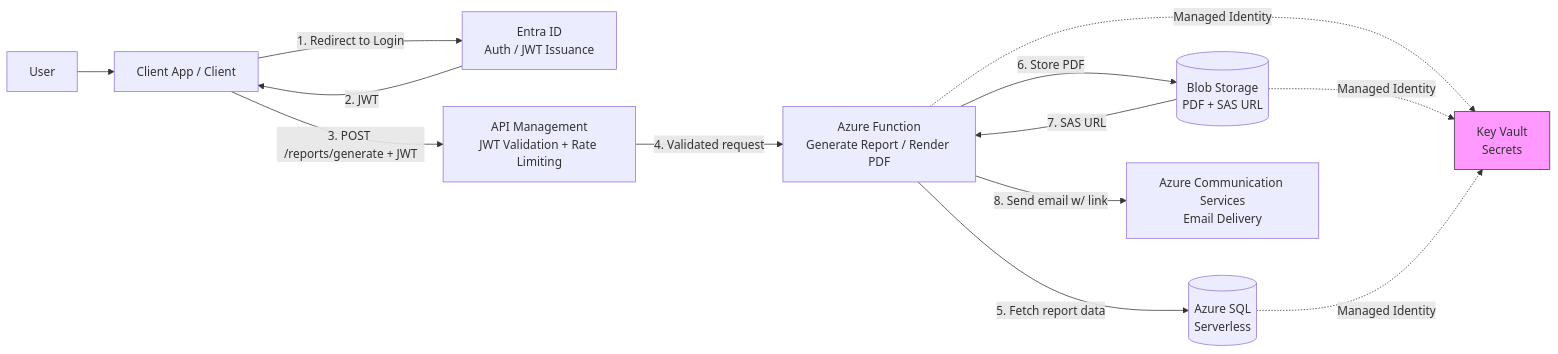
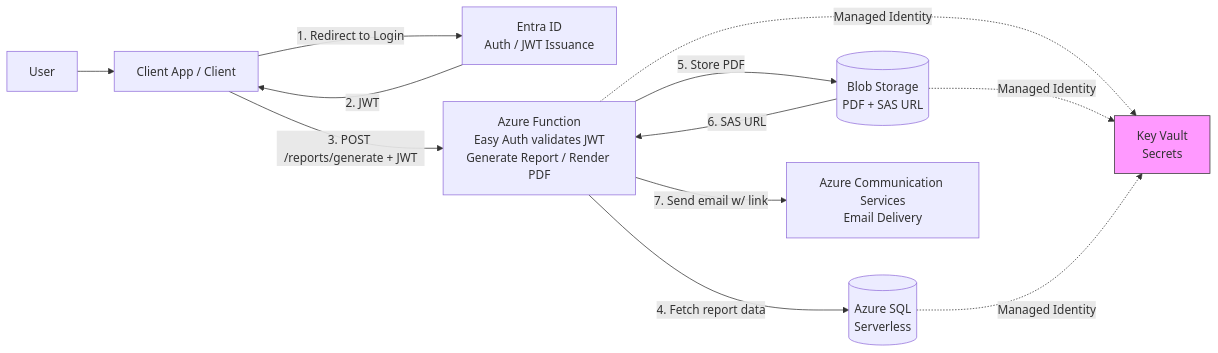
One commit to maxim-grin/azure_report_portal changed the first of 2 diagrams in README.md. Above: the diagram before and after it, drawn with Mermaid. The commit also changed other lines of this file and 18 other files, not shown here.

````diff
--- a/README.md
+++ b/README.md
@@ -12,27 +12,25 @@
 ```mermaid
 flowchart LR
     User[User]
     Client[Client App / Client]
     Entra[Entra ID<br/>Auth / JWT Issuance]
-    APIM[API Management<br/>JWT Validation + Rate Limiting]
-    Func[Azure Function<br/>Generate Report / Render PDF]
+    Func[Azure Function<br/>Easy Auth validates JWT<br/>Generate Report / Render PDF]
     SQL[(Azure SQL<br/>Serverless)]
     Blob[(Blob Storage<br/>PDF + SAS URL)]
     ACS[Azure Communication Services<br/>Email Delivery]
     KV[Key Vault<br/>Secrets]
 
     User --> Client
     Client -->|1. Redirect to Login| Entra
     Entra -->|2. JWT| Client
-    Client -->|3. POST /reports/generate + JWT| APIM
-    APIM -->|4. Validated request| Func
-    Func -->|5. Fetch report data| SQL
-    Func -->|6. Store PDF| Blob
-    Blob -->|7. SAS URL| Func
-    Func -->|8. Send email w/ link| ACS
+    Client -->|3. POST /reports/generate + JWT| Func
+    Func -->|4. Fetch report data| SQL
+    Func -->|5. Store PDF| Blob
+    Blob -->|6. SAS URL| Func
+    Func -->|7. Send email w/ link| ACS
     Func -.->|Managed Identity| KV
     Blob -.->|Managed Identity| KV
     SQL -.->|Managed Identity| KV
 
     style KV fill:#f9f,stroke:#333
 ```
````
